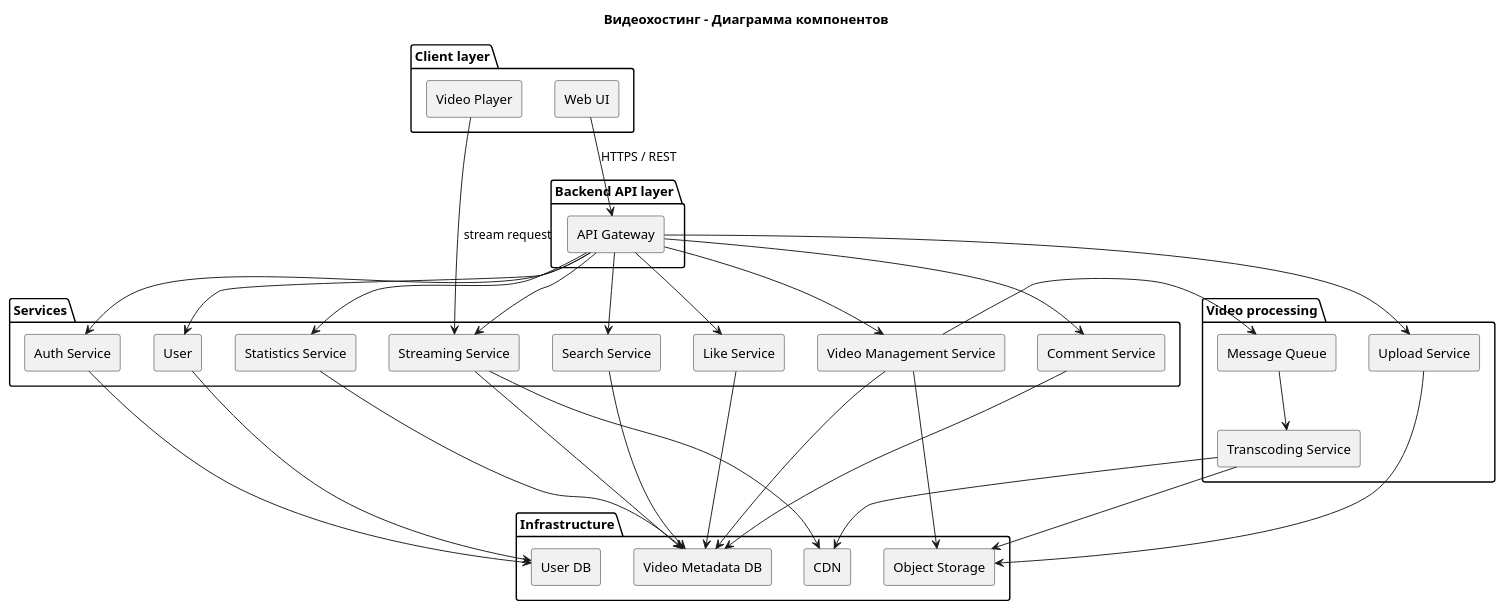
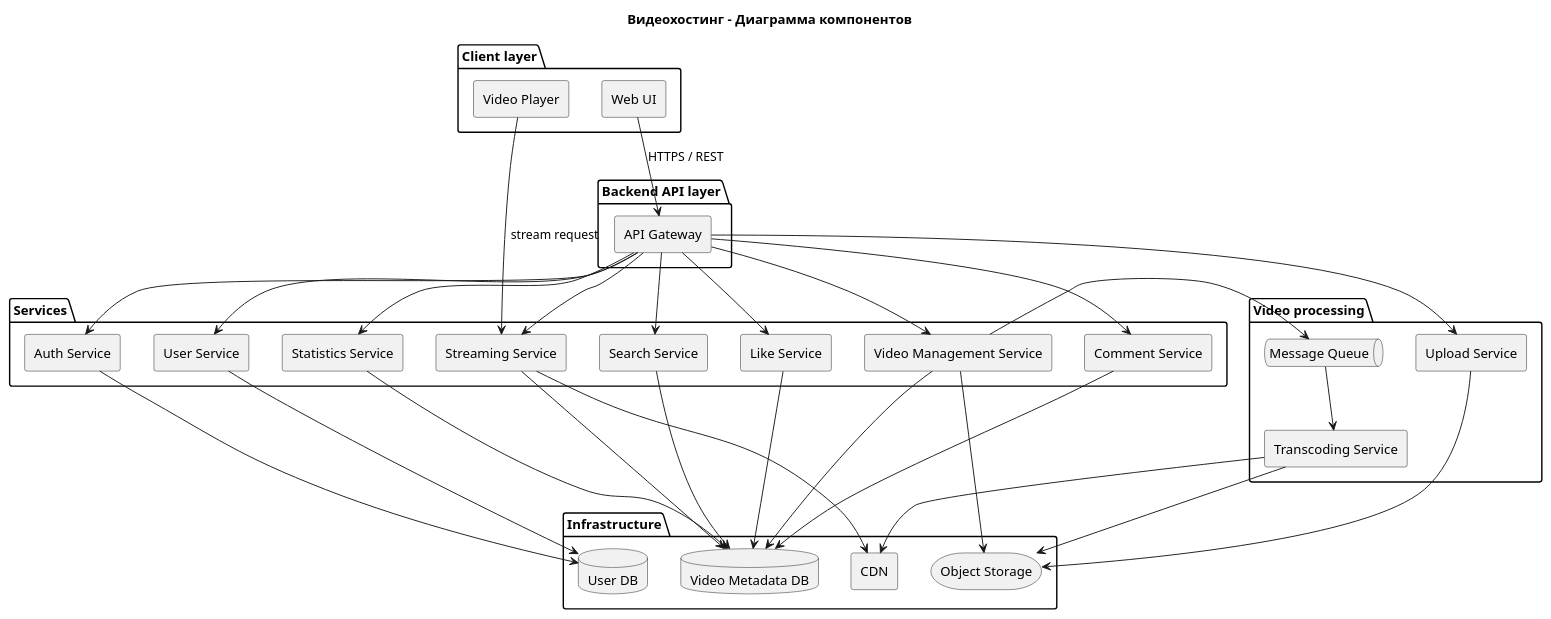
Before and after one commit to andlargesoda/Videohosting: the diagram in Components_v1.0.puml, drawn with PlantUML. The commit also changed 4 other files, not shown here.

```diff
--- a/Components_v1.0.puml
+++ b/Components_v1.0.puml
@@ -1,71 +1,71 @@
 @startuml
 title Видеохостинг - Диаграмма компонентов
 
 skinparam ComponentStyle rectangle
 skinparam Shadowing false
 
 ' 1. Клиентский уровень
 package "Client layer" {
     component "Web UI" as UI
     component "Video Player" as VideoPlayer
 }
 ' 2. Backend
 package "Backend API layer" {
     component "API Gateway" as API
 }
 ' 3. Сервисы
 package "Services" {
     component "Auth Service" as AuthService
-    component "User" as UserService
+    component "User Service" as UserService
     component "Video Management Service" as VideoManagementService
     component "Search Service" as SearchService
     component "Streaming Service" as StreamingService
     component "Like Service" as LikeService
     component "Comment Service" as CommentService
     component "Statistics Service" as StatisticsService
 }
 ' 4. Обработка видео
 package "Video processing" {
     component "Upload Service" as UploadService
     component "Transcoding Service" as TranscodingService
-    component "Message Queue" as MQ
+    queue "Message Queue" as MQ
 }
 ' 5. Инфраструктура
 package "Infrastructure" {
-    component "User DB" as UserDB
-    component "Video Metadata DB" as MetadataDB
-    component "Object Storage" as ObjectStorage
+    database "User DB" as UserDB
+    database "Video Metadata DB" as MetadataDB
+    storage "Object Storage" as ObjectStorage
     component "CDN" as CDN
 }
 ' Client layer interactions
 UI --> API : HTTPS / REST
 VideoPlayer --> StreamingService : stream request
 ' API interactions
 API --> AuthService
 API --> UserService
 API --> VideoManagementService
 API --> SearchService
 API --> StreamingService
 API --> LikeService
 API --> CommentService
 API --> StatisticsService
 API --> UploadService
 ' Service interactions
 AuthService --> UserDB
 UserService --> UserDB
 VideoManagementService --> MetadataDB
 VideoManagementService --> ObjectStorage
 VideoManagementService --> MQ
 SearchService --> MetadataDB
 LikeService --> MetadataDB
 CommentService --> MetadataDB
 StatisticsService --> MetadataDB
 ' Video processing
 UploadService --> ObjectStorage
 TranscodingService --> ObjectStorage
 TranscodingService --> CDN
 MQ --> TranscodingService
 ' Streaming
 StreamingService --> CDN
 StreamingService --> MetadataDB
 @enduml
```
